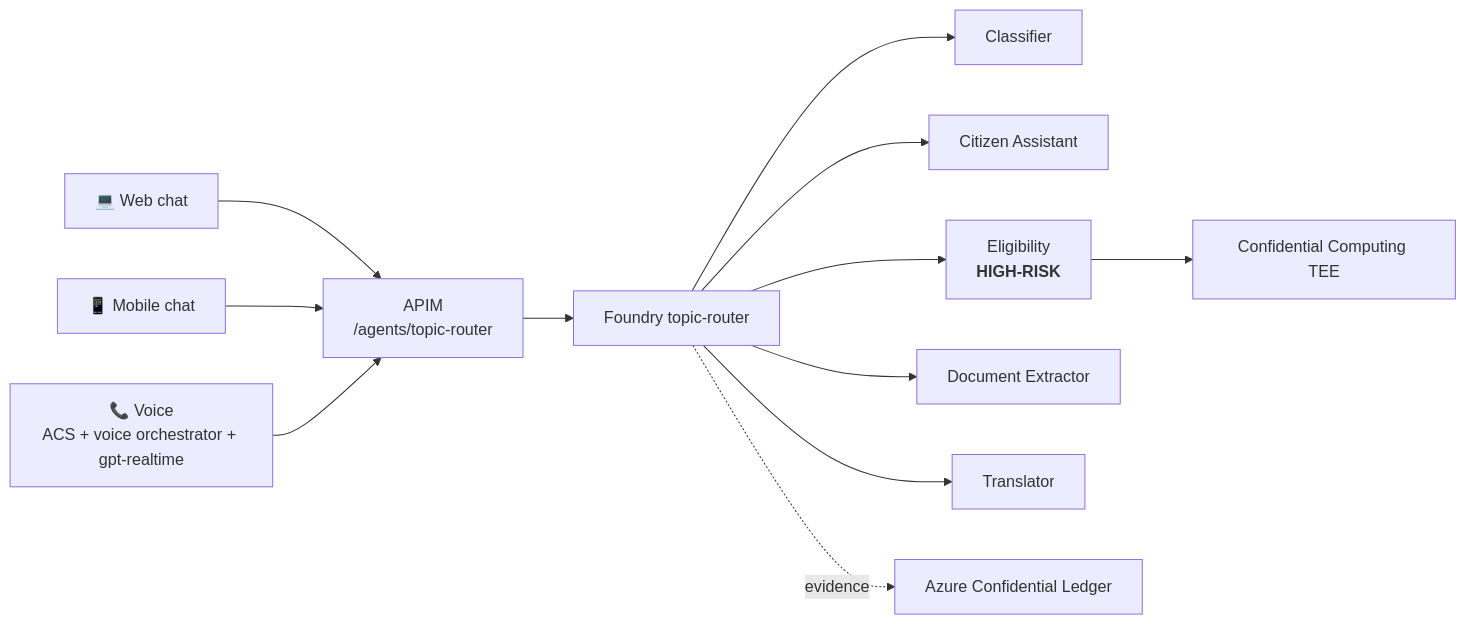
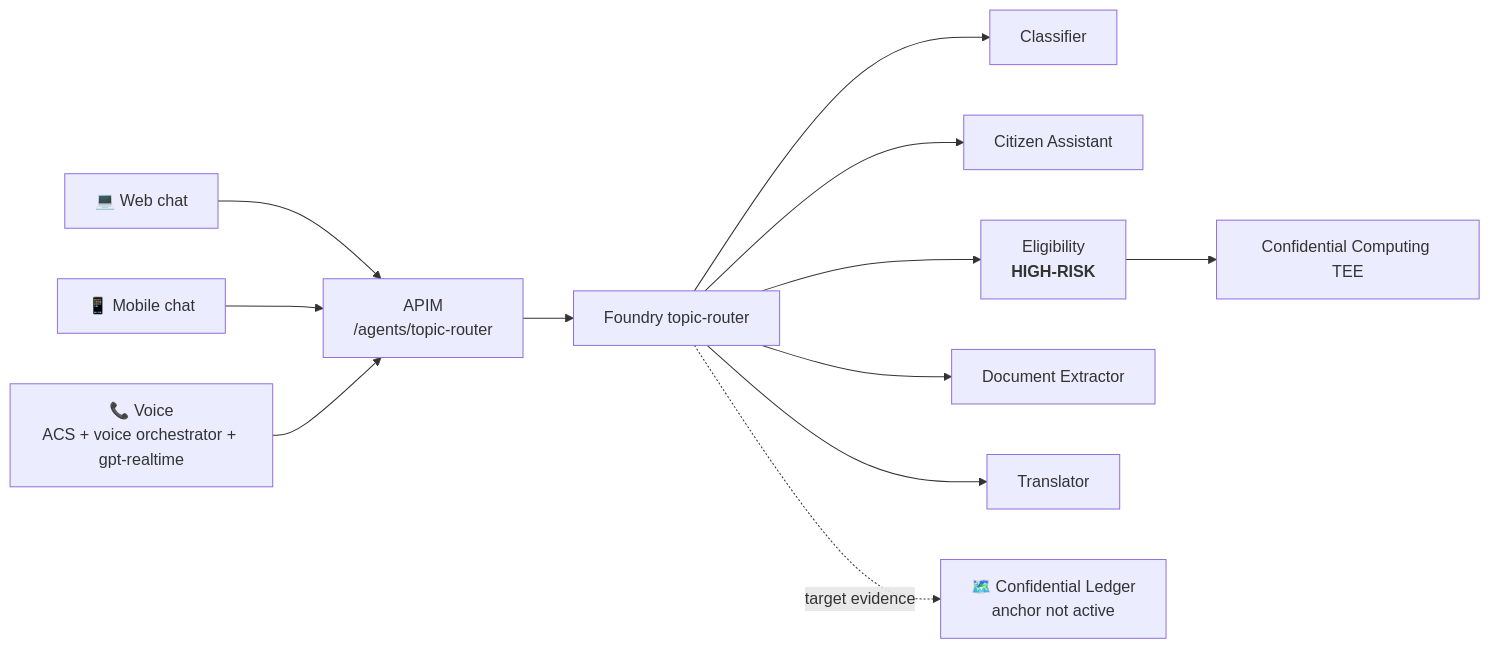
Before and after one commit to fredgis/UDCSP: the second of 6 diagrams in docs/biz/ai.md, drawn with Mermaid. The commit also changed other lines of this file and 105 other files, not shown here.

````diff
--- a/docs/biz/ai.md
+++ b/docs/biz/ai.md
@@ -288,14 +292,14 @@
 ```mermaid
 flowchart LR
     WEB["💻 Web chat"] --> APIM["APIM<br/>/agents/topic-router"]
     MOB["📱 Mobile chat"] --> APIM
     VOX["📞 Voice<br/>ACS + voice orchestrator + gpt-realtime"] --> APIM
     APIM --> ROUTER["Foundry topic-router"]
     ROUTER --> CLS["Classifier"]
     ROUTER --> AST["Citizen Assistant"]
     ROUTER --> ELI["Eligibility<br/><b>HIGH-RISK</b>"]
     ROUTER --> DOC["Document Extractor"]
     ROUTER --> TRA["Translator"]
     ELI --> TEE["Confidential Computing TEE"]
-    ROUTER -. evidence .-> LEDGER["Azure Confidential Ledger"]
+    ROUTER -. target evidence .-> LEDGER["🗺️ Confidential Ledger<br/>anchor not active"]
 ```
````
